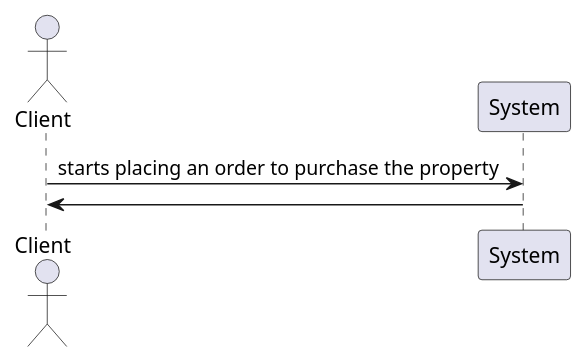
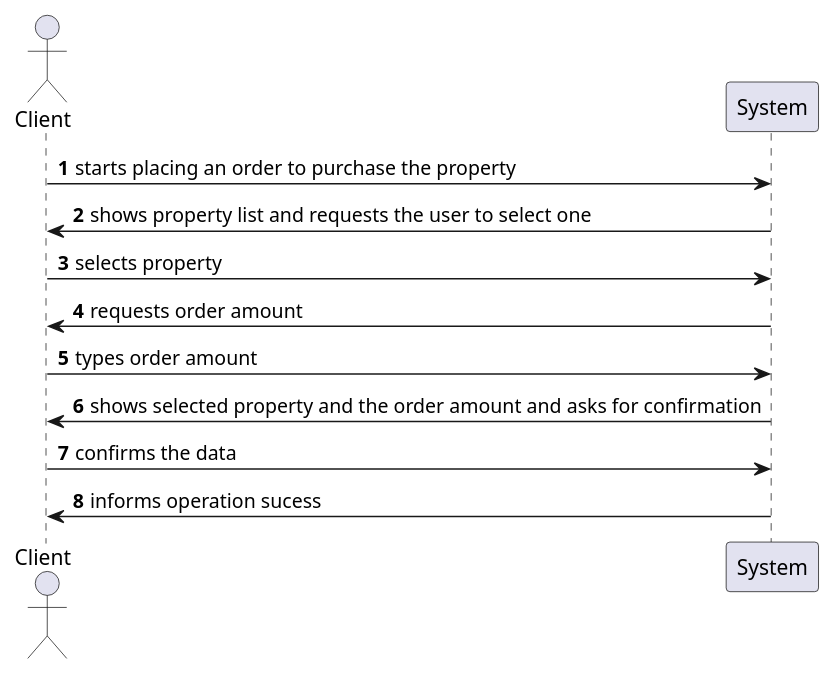
The diagram in docs/sprintC/US010/01.requirements-engineering/puml/SSD.puml (tiagohcorreia/LAPR2), drawn with PlantUML before and after one commit. The commit also changed 4 other files, not shown here.

Commit message:
US010: Requirements Engineering.md updated - System sequence diagram updated

```diff
--- a/docs/sprintC/US010/01.requirements-engineering/puml/SSD.puml
+++ b/docs/sprintC/US010/01.requirements-engineering/puml/SSD.puml
@@ -1,13 +1,25 @@
 @startuml
 
 actor Client as client
 participant System as ui
 
+autonumber
+
 client -> ui: starts placing an order to purchase the property
 
-ui -> client:
+ui -> client: shows property list and requests the user to select one
 
-autonumber
+client -> ui: selects property
+
+ui -> client: requests order amount
+
+client -> ui: types order amount
+
+ui -> client: shows selected property and the order amount and asks for confirmation
+
+client -> ui: confirms the data
+
+ui -> client: informs operation sucess
 
 
 @enduml
```
